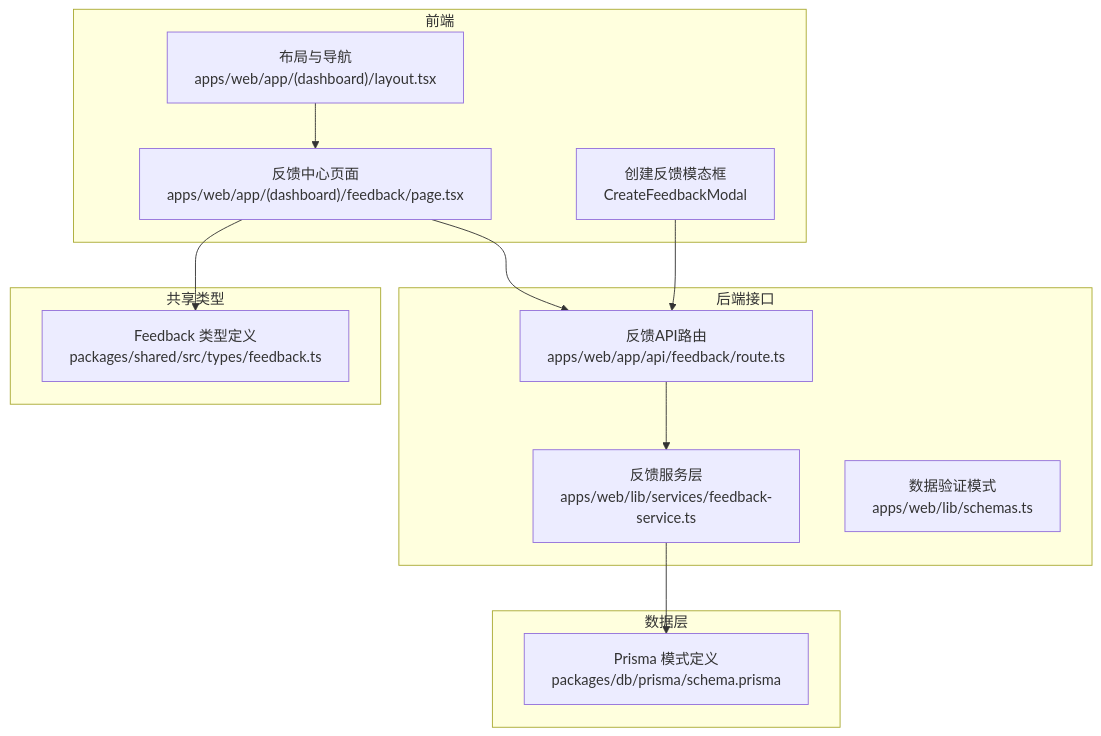
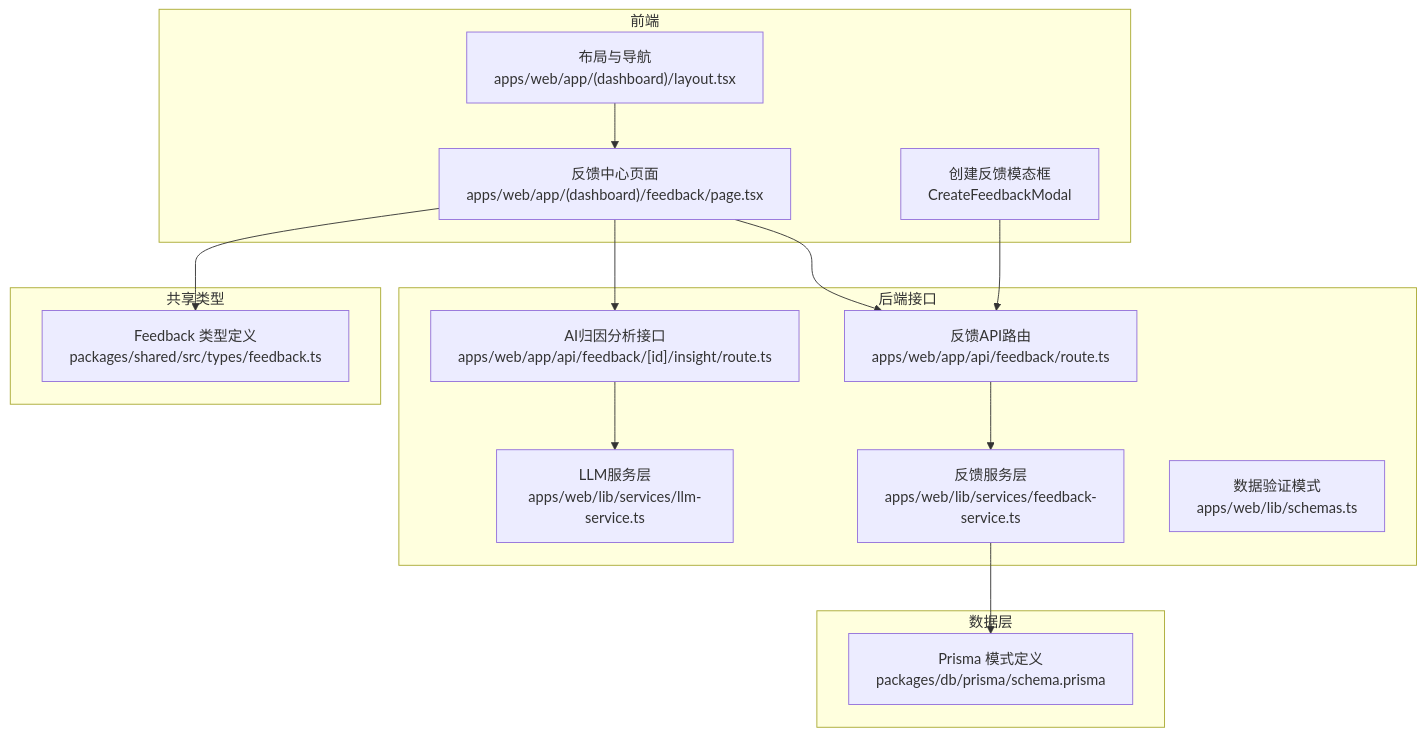
Before and after one commit to ai-guru-global/agent-up: the first of 7 diagrams in .qoder/repowiki/zh/content/功能模块/反馈中心.md, drawn with Mermaid. The commit also changed other lines of this file and 32 other files, not shown here.

````diff
--- a/.qoder/repowiki/zh/content/功能模块/反馈中心.md
+++ b/.qoder/repowiki/zh/content/功能模块/反馈中心.md
@@ -53,25 +58,29 @@
 ```mermaid
 graph TB
 subgraph "前端"
 L["布局与导航<br/>apps/web/app/(dashboard)/layout.tsx"]
 F["反馈中心页面<br/>apps/web/app/(dashboard)/feedback/page.tsx"]
 M["创建反馈模态框<br/>CreateFeedbackModal"]
 end
 subgraph "后端接口"
 API["反馈API路由<br/>apps/web/app/api/feedback/route.ts"]
+INSIGHT["AI归因分析接口<br/>apps/web/app/api/feedback/[id]/insight/route.ts"]
 SVC["反馈服务层<br/>apps/web/lib/services/feedback-service.ts"]
+LLM["LLM服务层<br/>apps/web/lib/services/llm-service.ts"]
 SCH["数据验证模式<br/>apps/web/lib/schemas.ts"]
 end
 subgraph "数据层"
 DB["Prisma 模式定义<br/>packages/db/prisma/schema.prisma"]
 end
 subgraph "共享类型"
 T["Feedback 类型定义<br/>packages/shared/src/types/feedback.ts"]
 end
 L --> F
 F --> API
+F --> INSIGHT
+INSIGHT --> LLM
 API --> SVC
 SVC --> DB
 F --> T
 M --> API
 ```
````
